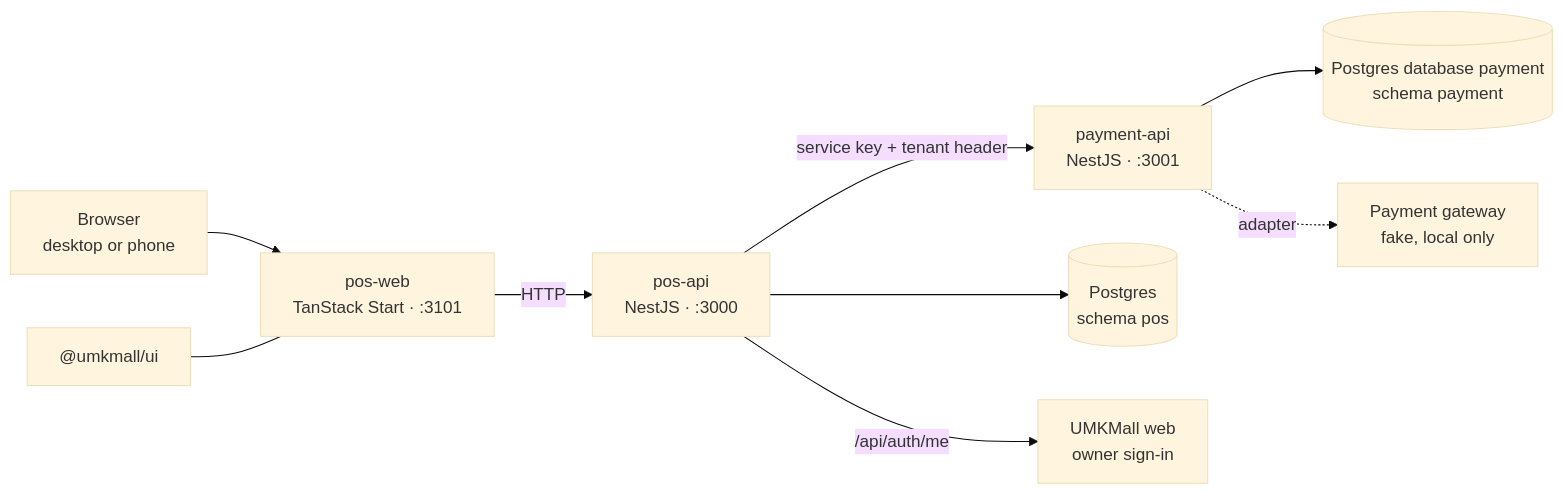
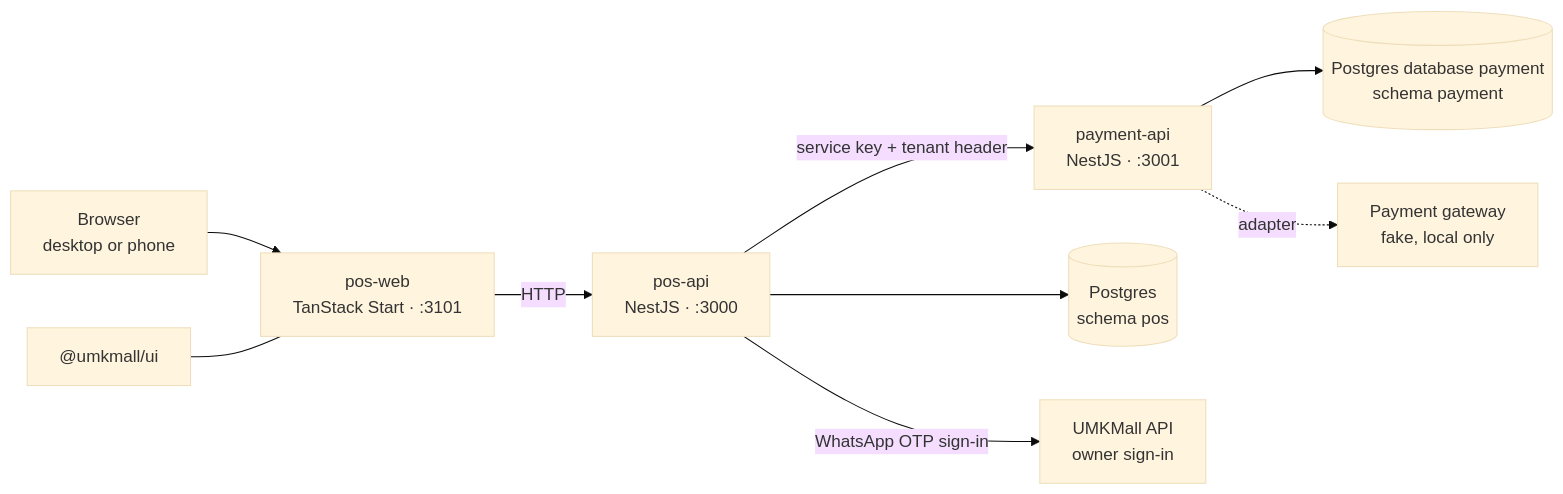
One commit to jamalbaharun-umk/umkmall-pos changed the diagram in README.md. Above: the diagram before and after it, drawn with Mermaid (base theme). The commit also changed other lines of this file, not shown here.

First line of the commit message:
docs(docs): the owner signs in by WhatsApp OTP; no shared cookie

````diff
--- a/README.md
+++ b/README.md
@@ -588,11 +588,11 @@
 ```mermaid
 flowchart LR
   B["Browser<br/>desktop or phone"] --> W["pos-web<br/>TanStack Start · :3101"]
   W -->|HTTP| A["pos-api<br/>NestJS · :3000"]
   A -->|service key + tenant header| P["payment-api<br/>NestJS · :3001"]
   A --> D1[("Postgres<br/>schema pos")]
   P --> D2[("Postgres database payment<br/>schema payment")]
-  A -->|"/api/auth/me"| U["UMKMall web<br/>owner sign-in"]
+  A -->|"WhatsApp OTP sign-in"| U["UMKMall API<br/>owner sign-in"]
   P -.->|adapter| G["Payment gateway<br/>fake, local only"]
   UI["@umkmall/ui"] --- W
 ```
````
